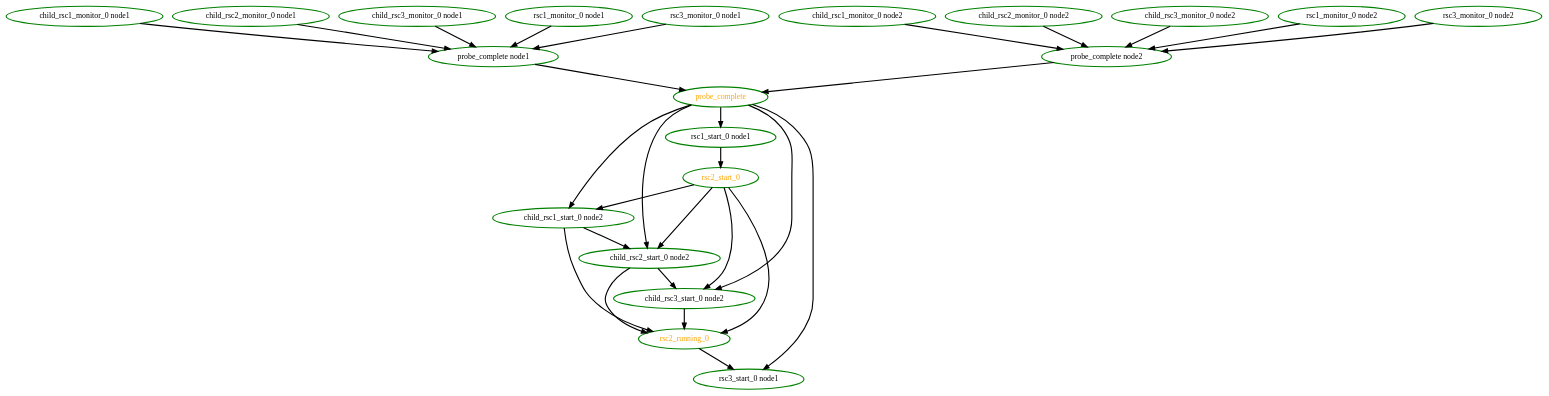
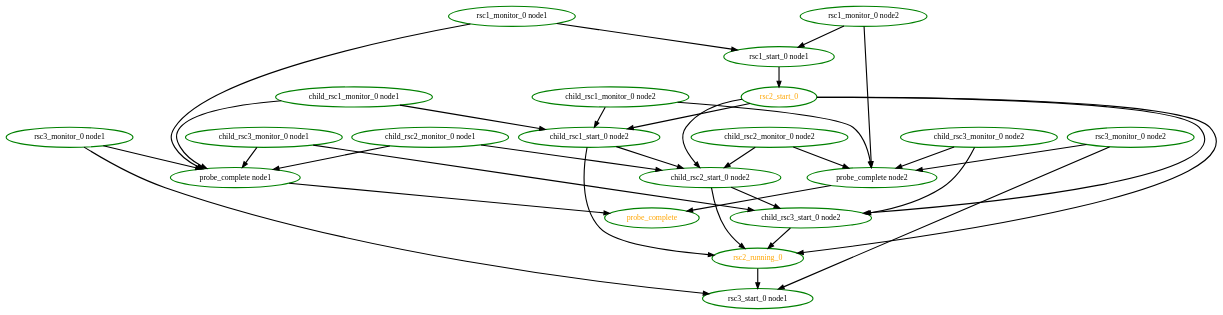
The diagram in pengine/test10/group2.dot (ClusterLabs/pacemaker), drawn with Graphviz before and after one commit. The commit also changed 464 other files, not shown here.

```diff
--- a/pengine/test10/group2.dot
+++ b/pengine/test10/group2.dot
@@ -1,50 +1,55 @@
  digraph "g" {
+"child_rsc1_monitor_0 node1" -> "child_rsc1_start_0 node2" [ style = bold]
 "child_rsc1_monitor_0 node1" -> "probe_complete node1" [ style = bold]
 "child_rsc1_monitor_0 node1" [ style=bold color="green" fontcolor="black" ]
+"child_rsc1_monitor_0 node2" -> "child_rsc1_start_0 node2" [ style = bold]
 "child_rsc1_monitor_0 node2" -> "probe_complete node2" [ style = bold]
 "child_rsc1_monitor_0 node2" [ style=bold color="green" fontcolor="black" ]
 "child_rsc1_start_0 node2" -> "child_rsc2_start_0 node2" [ style = bold]
 "child_rsc1_start_0 node2" -> "rsc2_running_0" [ style = bold]
 "child_rsc1_start_0 node2" [ style=bold color="green" fontcolor="black" ]
+"child_rsc2_monitor_0 node1" -> "child_rsc2_start_0 node2" [ style = bold]
 "child_rsc2_monitor_0 node1" -> "probe_complete node1" [ style = bold]
 "child_rsc2_monitor_0 node1" [ style=bold color="green" fontcolor="black" ]
+"child_rsc2_monitor_0 node2" -> "child_rsc2_start_0 node2" [ style = bold]
 "child_rsc2_monitor_0 node2" -> "probe_complete node2" [ style = bold]
 "child_rsc2_monitor_0 node2" [ style=bold color="green" fontcolor="black" ]
 "child_rsc2_start_0 node2" -> "child_rsc3_start_0 node2" [ style = bold]
 "child_rsc2_start_0 node2" -> "rsc2_running_0" [ style = bold]
 "child_rsc2_start_0 node2" [ style=bold color="green" fontcolor="black" ]
+"child_rsc3_monitor_0 node1" -> "child_rsc3_start_0 node2" [ style = bold]
 "child_rsc3_monitor_0 node1" -> "probe_complete node1" [ style = bold]
 "child_rsc3_monitor_0 node1" [ style=bold color="green" fontcolor="black" ]
+"child_rsc3_monitor_0 node2" -> "child_rsc3_start_0 node2" [ style = bold]
 "child_rsc3_monitor_0 node2" -> "probe_complete node2" [ style = bold]
 "child_rsc3_monitor_0 node2" [ style=bold color="green" fontcolor="black" ]
 "child_rsc3_start_0 node2" -> "rsc2_running_0" [ style = bold]
 "child_rsc3_start_0 node2" [ style=bold color="green" fontcolor="black" ]
 "probe_complete node1" -> "probe_complete" [ style = bold]
 "probe_complete node1" [ style=bold color="green" fontcolor="black" ]
 "probe_complete node2" -> "probe_complete" [ style = bold]
 "probe_complete node2" [ style=bold color="green" fontcolor="black" ]
-"probe_complete" -> "child_rsc1_start_0 node2" [ style = bold]
-"probe_complete" -> "child_rsc2_start_0 node2" [ style = bold]
-"probe_complete" -> "child_rsc3_start_0 node2" [ style = bold]
-"probe_complete" -> "rsc1_start_0 node1" [ style = bold]
-"probe_complete" -> "rsc3_start_0 node1" [ style = bold]
 "probe_complete" [ style=bold color="green" fontcolor="orange" ]
 "rsc1_monitor_0 node1" -> "probe_complete node1" [ style = bold]
+"rsc1_monitor_0 node1" -> "rsc1_start_0 node1" [ style = bold]
 "rsc1_monitor_0 node1" [ style=bold color="green" fontcolor="black" ]
 "rsc1_monitor_0 node2" -> "probe_complete node2" [ style = bold]
+"rsc1_monitor_0 node2" -> "rsc1_start_0 node1" [ style = bold]
 "rsc1_monitor_0 node2" [ style=bold color="green" fontcolor="black" ]
 "rsc1_start_0 node1" -> "rsc2_start_0" [ style = bold]
 "rsc1_start_0 node1" [ style=bold color="green" fontcolor="black" ]
 "rsc2_running_0" -> "rsc3_start_0 node1" [ style = bold]
 "rsc2_running_0" [ style=bold color="green" fontcolor="orange" ]
 "rsc2_start_0" -> "child_rsc1_start_0 node2" [ style = bold]
 "rsc2_start_0" -> "child_rsc2_start_0 node2" [ style = bold]
 "rsc2_start_0" -> "child_rsc3_start_0 node2" [ style = bold]
 "rsc2_start_0" -> "rsc2_running_0" [ style = bold]
 "rsc2_start_0" [ style=bold color="green" fontcolor="orange" ]
 "rsc3_monitor_0 node1" -> "probe_complete node1" [ style = bold]
+"rsc3_monitor_0 node1" -> "rsc3_start_0 node1" [ style = bold]
 "rsc3_monitor_0 node1" [ style=bold color="green" fontcolor="black" ]
 "rsc3_monitor_0 node2" -> "probe_complete node2" [ style = bold]
+"rsc3_monitor_0 node2" -> "rsc3_start_0 node1" [ style = bold]
 "rsc3_monitor_0 node2" [ style=bold color="green" fontcolor="black" ]
 "rsc3_start_0 node1" [ style=bold color="green" fontcolor="black" ]
 }
```
